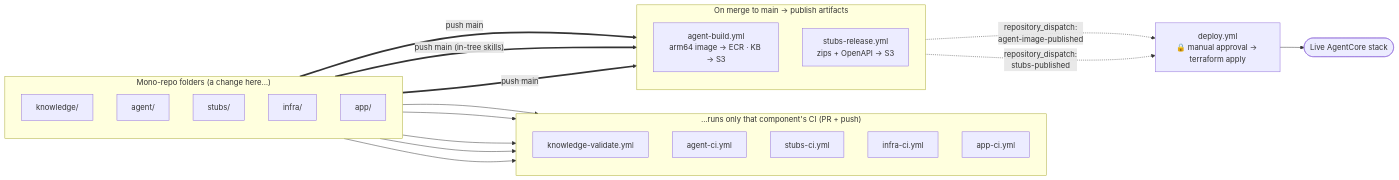
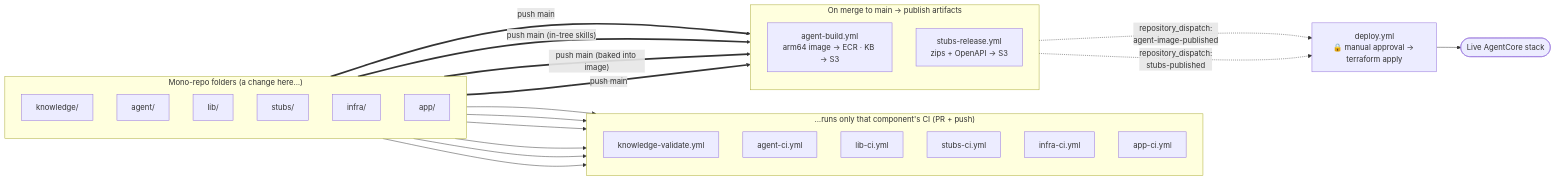
The first of 2 diagrams in README.md (aniryou/bedrock-demo), drawn with Mermaid before and after one commit. The commit also changed other lines of this file and 78 other files, not shown here.

````diff
--- a/README.md
+++ b/README.md
@@ -103,43 +110,47 @@
 ```mermaid
 flowchart LR
     subgraph folders["Mono-repo folders (a change here…)"]
         direction TB
         kn["knowledge/"]
         ag["agent/"]
+        lib["lib/"]
         st["stubs/"]
         inf["infra/"]
         ap["app/"]
     end
 
     subgraph ci["…runs only that component's CI (PR + push)"]
         direction TB
         knv["knowledge-validate.yml"]
         agc["agent-ci.yml"]
+        libc["lib-ci.yml"]
         stc["stubs-ci.yml"]
         infc["infra-ci.yml"]
         apc["app-ci.yml"]
     end
 
     subgraph publish["On merge to main → publish artifacts"]
         direction TB
         agb["agent-build.yml<br/>arm64 image → ECR · KB → S3"]
         str["stubs-release.yml<br/>zips + OpenAPI → S3"]
     end
 
     dep["deploy.yml<br/>🔒 manual approval → terraform apply"]
     live(["Live AgentCore stack"])
 
     kn --> knv
     ag --> agc
+    lib --> libc
     st --> stc
     inf --> infc
     ap --> apc
 
     ag ==>|push main| agb
     kn ==>|"push main (in-tree skills)"| agb
+    lib ==>|"push main (baked into image)"| agb
     st ==>|push main| str
 
     agb -. "repository_dispatch:<br/>agent-image-published" .-> dep
     str -. "repository_dispatch:<br/>stubs-published" .-> dep
     dep --> live
 ```
````
